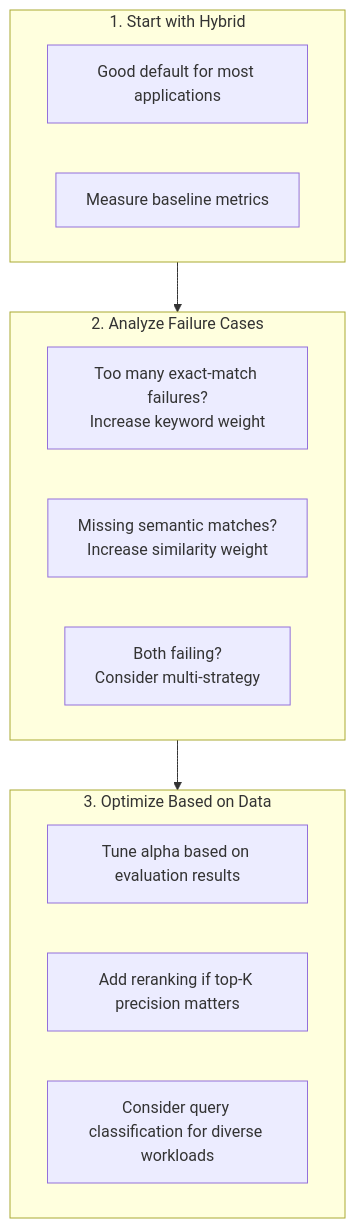
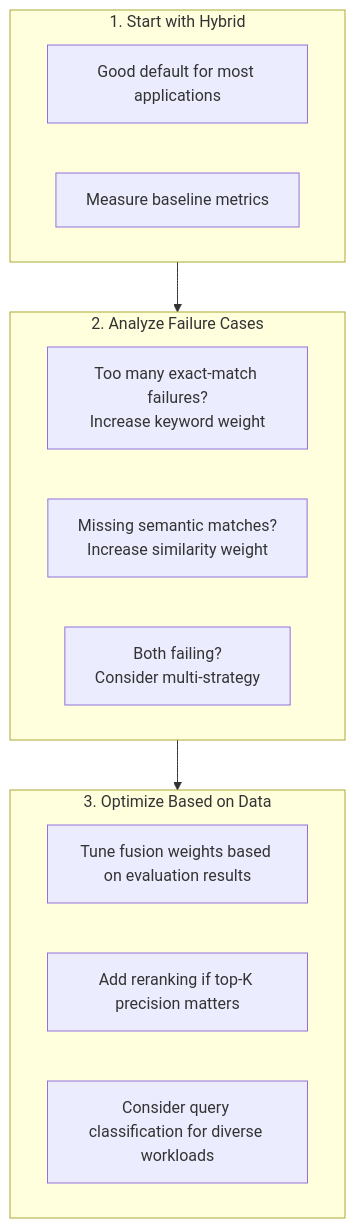
Before and after one commit to lookatitude/beluga-website: the second of 2 diagrams in src/content/docs/docs/guides/capabilities/rag/rag-strategies.md, drawn with Mermaid. The commit also changed other lines of this file and 474 other files, not shown here.

````diff
--- a/src/content/docs/docs/guides/capabilities/rag/rag-strategies.md
+++ b/src/content/docs/docs/guides/capabilities/rag/rag-strategies.md
@@ -314,22 +329,22 @@
 ```mermaid
 flowchart TB
     subgraph Step1["1. Start with Hybrid"]
         A1[Good default for most applications]
         A2[Measure baseline metrics]
     end
 
     subgraph Step2["2. Analyze Failure Cases"]
         B1[Too many exact-match failures?<br>Increase keyword weight]
         B2[Missing semantic matches?<br>Increase similarity weight]
         B3[Both failing?<br>Consider multi-strategy]
     end
 
     subgraph Step3["3. Optimize Based on Data"]
-        C1[Tune alpha based on evaluation results]
+        C1[Tune fusion weights based on evaluation results]
         C2[Add reranking if top-K precision matters]
         C3[Consider query classification for diverse workloads]
     end
 
     Step1 --> Step2
     Step2 --> Step3
 ```
````
